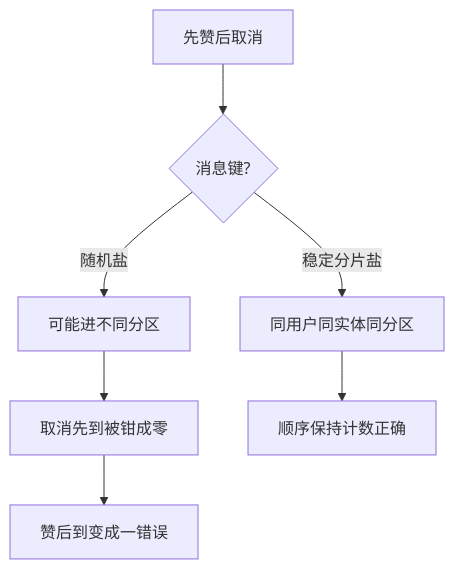
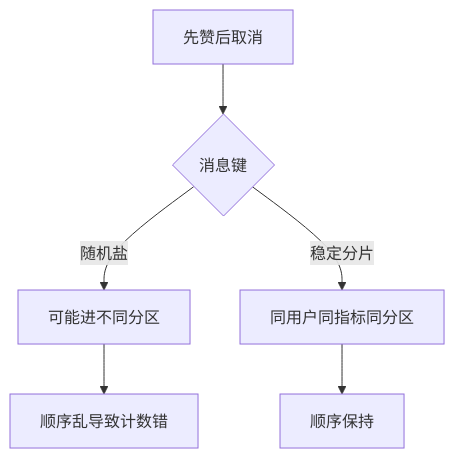
The fourth of 4 diagrams in docs/modules/05-点赞收藏计数模块.md (bitladykiller/zhiguang_go), drawn with Mermaid before and after one commit. The commit also changed other lines of this file and 13 other files, not shown here.

````diff
--- a/docs/modules/05-点赞收藏计数模块.md
+++ b/docs/modules/05-点赞收藏计数模块.md
@@ -544,9 +128,8 @@
 ```mermaid
 flowchart TD
-    A[先赞后取消] --> B{消息键?}
+    A[先赞后取消] --> B{消息键}
     B -->|随机盐| C[可能进不同分区]
-    C --> D[取消先到被钳成零]
-    D --> E[赞后到变成一错误]
-    B -->|稳定分片盐| F[同用户同实体同分区]
-    F --> G[顺序保持计数正确]
+    C --> D[顺序乱导致计数错]
+    B -->|稳定分片| E[同用户同指标同分区]
+    E --> F[顺序保持]
 ```
````
